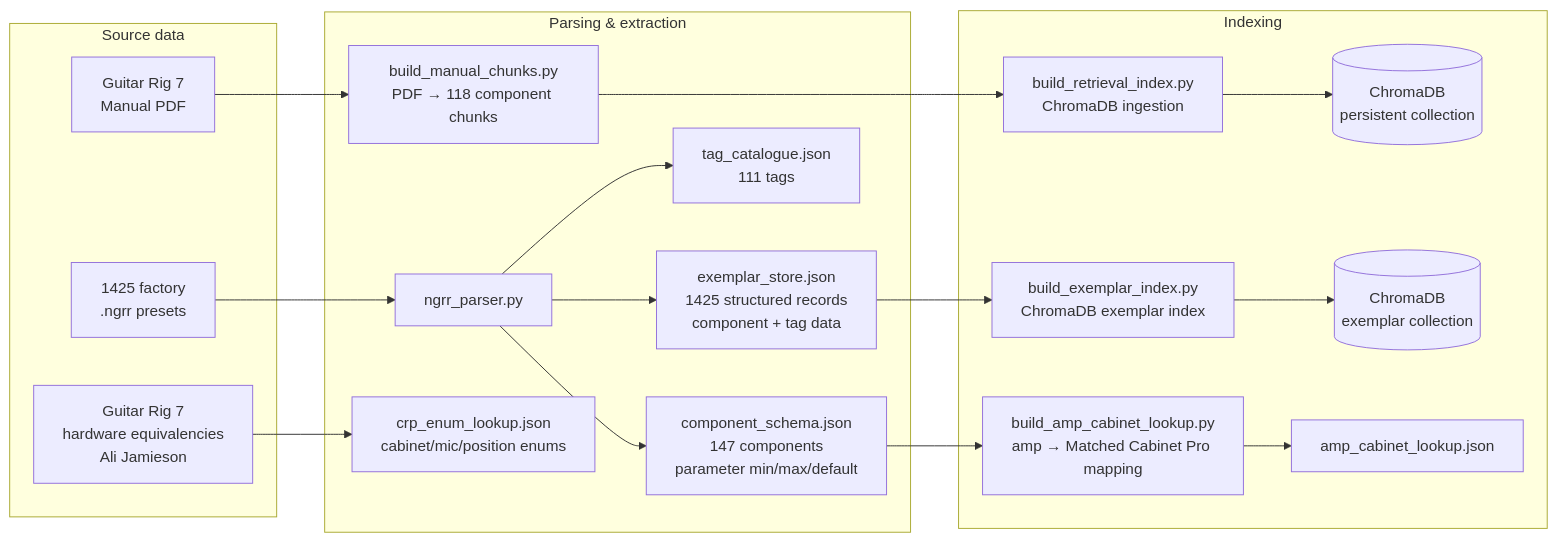
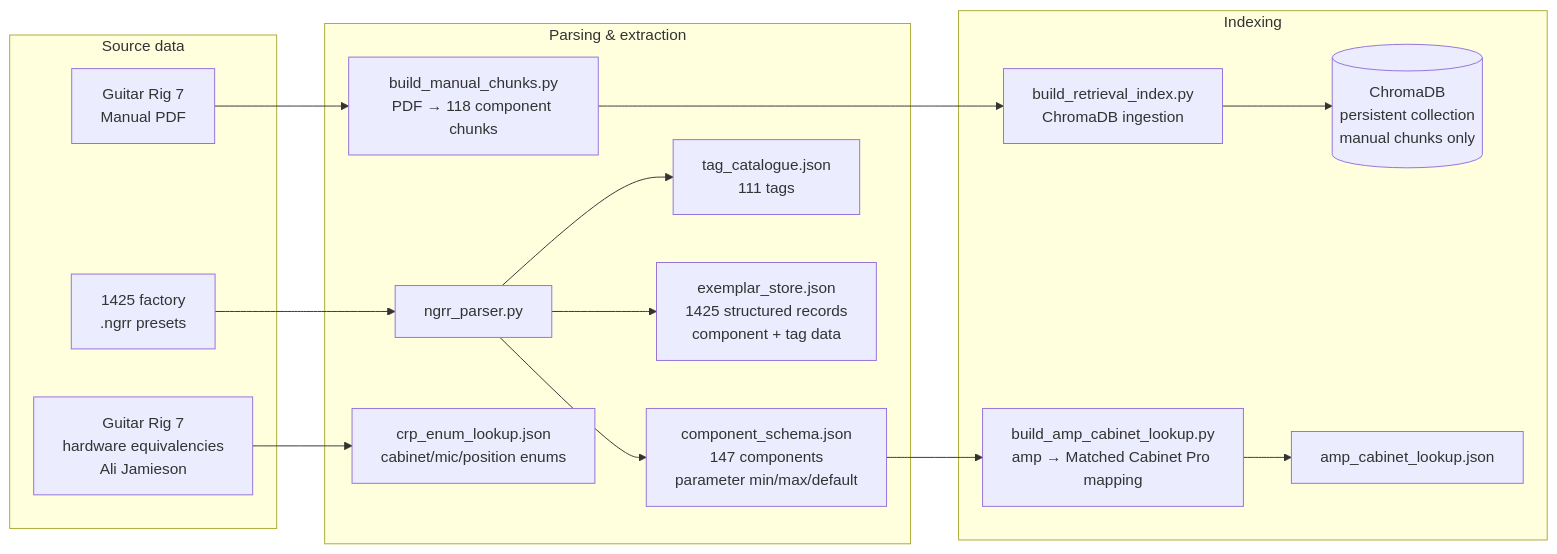
Before and after one commit to davesfraser/tone-def: the second of 2 diagrams in README.md, drawn with Mermaid. The commit also changed other lines of this file, not shown here.

````diff
--- a/README.md
+++ b/README.md
@@ -106,26 +106,24 @@
 ```mermaid
 flowchart LR
     subgraph Inputs["Source data"]
         A[1425 factory\n.ngrr presets]
         B[Guitar Rig 7\nManual PDF]
         C[Guitar Rig 7\nhardware equivalencies\nAli Jamieson]
     end
 
     subgraph Parsing["Parsing & extraction"]
         A --> D[ngrr_parser.py]
         D --> E[component_schema.json\n147 components\nparameter min/max/default]
         D --> F[tag_catalogue.json\n111 tags]
         D --> G[exemplar_store.json\n1425 structured records\ncomponent + tag data]
         B --> H[build_manual_chunks.py\nPDF → 118 component chunks]
         C --> O[crp_enum_lookup.json\ncabinet/mic/position enums]
     end
 
     subgraph Indexing["Indexing"]
         H --> I[build_retrieval_index.py\nChromaDB ingestion]
-        I --> J[(ChromaDB\npersistent collection)]
-        G --> K[build_exemplar_index.py\nChromaDB exemplar index]
-        K --> L[(ChromaDB\nexemplar collection)]
+        I --> J[(ChromaDB\npersistent collection\nmanual chunks only)]
         E --> M[build_amp_cabinet_lookup.py\namp → Matched Cabinet Pro mapping]
         M --> N[amp_cabinet_lookup.json]
     end
 ```
````
